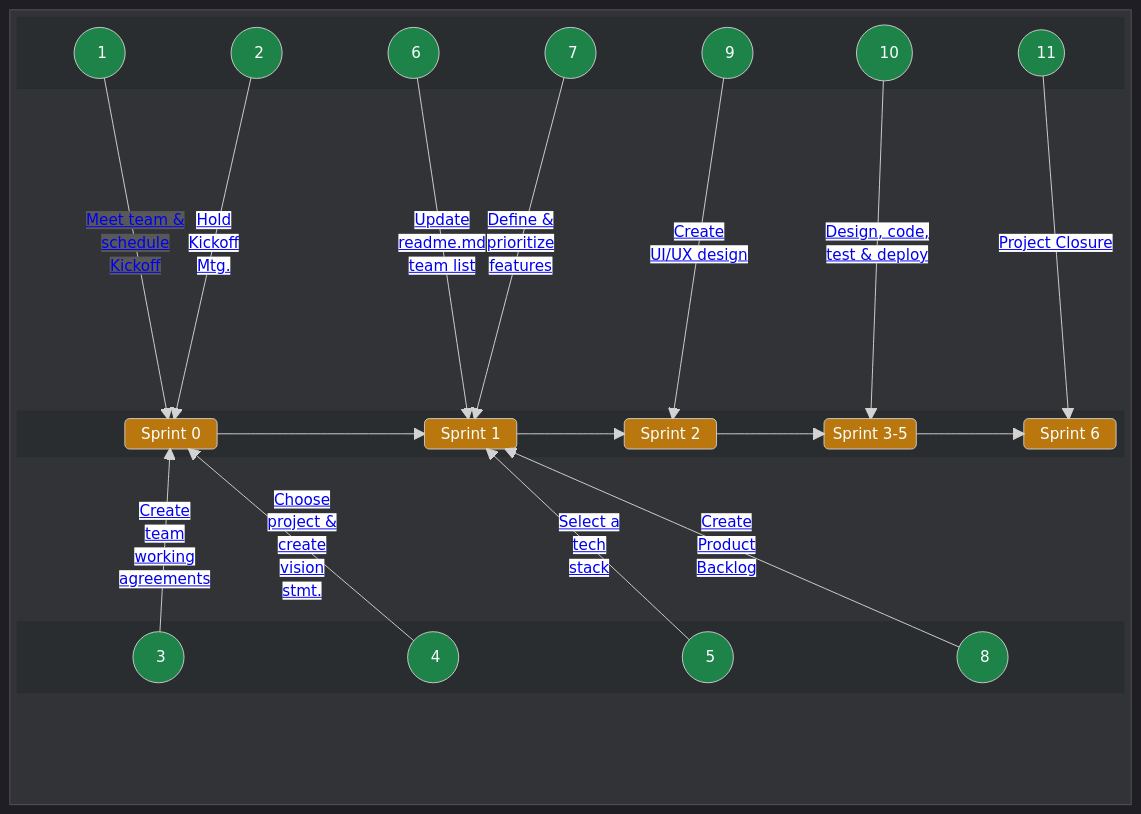
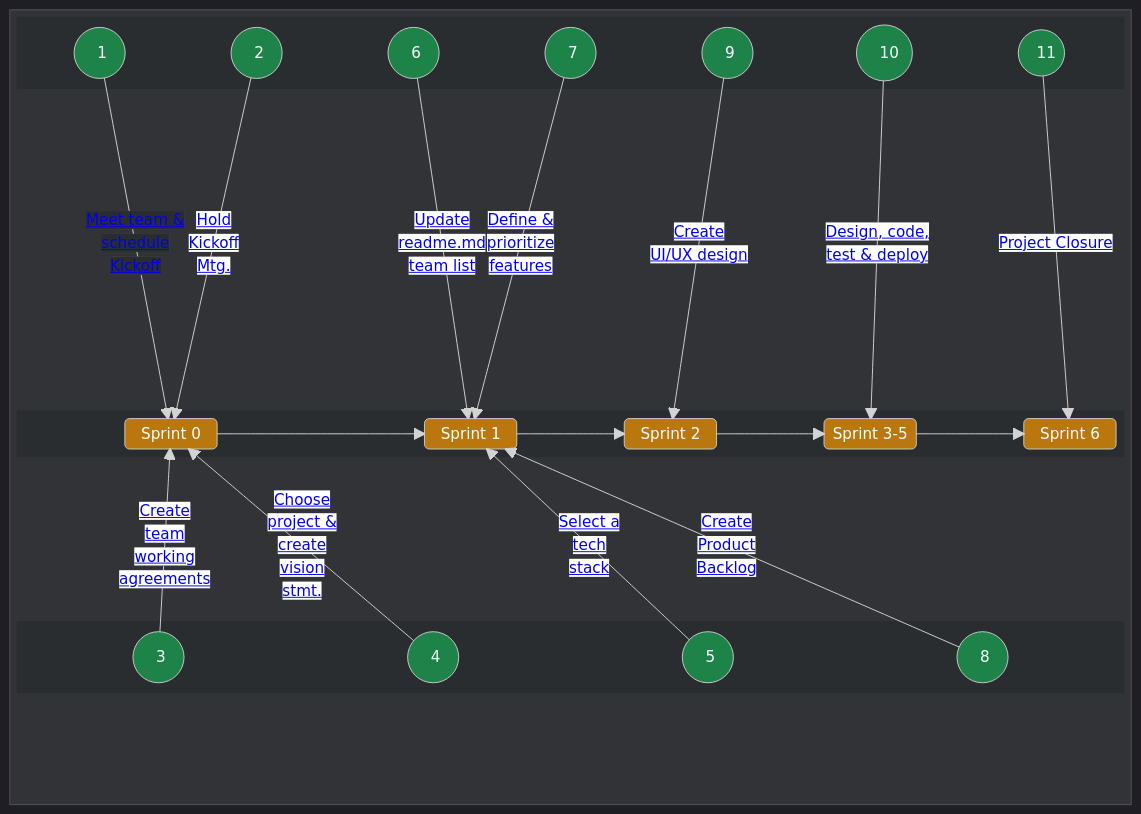
One commit to chingu-voyages/Handbook changed the first of 2 diagrams in docs/guides/voyage/voyage.md. Above: the diagram before and after it, drawn with Mermaid.

Commit message:
Feature: Update sprint diagram task ordering

```diff
--- a/docs/guides/voyage/voyage.md
+++ b/docs/guides/voyage/voyage.md
@@ -108,7 +108,7 @@
       end
       space
 
-      A1 -- "<a style="background-color:#646C71 a-visited:white" href="https://github.com/chingu-voyages/Handbook/blob/main/docs/guides/voyage/voyage.md#1-meet-your-team--schedule-kickoff-meeting-">Meet team &</br>schedule</br>Kickoff</a>" --> SPRINT0
+      A1 -- "<a style="background-color:#292d30" href="https://github.com/chingu-voyages/Handbook/blob/main/docs/guides/voyage/voyage.md#1-meet-your-team--schedule-kickoff-meeting-">Meet team &</br>schedule</br>Kickoff</a>" --> SPRINT0
       A2 -- "<a style="background-color: white" href="https://github.com/chingu-voyages/Handbook/blob/main/docs/guides/voyage/voyage.md#2-conduct-kickoff-meeting-">Hold</br>Kickoff</br>Mtg.</a>" --> SPRINT0
       A3 -- "<a style="background-color: white" href="https://github.com/chingu-voyages/Handbook/blob/main/docs/guides/voyage/voyage.md#3-setup-your-teams-working-agreements-">Create</br>team</br>working</br>agreements</a>" --> SPRINT0
       A4 -- "<a style="background-color: white" href="https://github.com/chingu-voyages/Handbook/blob/main/docs/guides/voyage/voyage.md#4-choose-a-project--create-a-vision-statement-">Choose</br>project &</br>create</br>vision</br>stmt.</a>" --> SPRINT0
```
